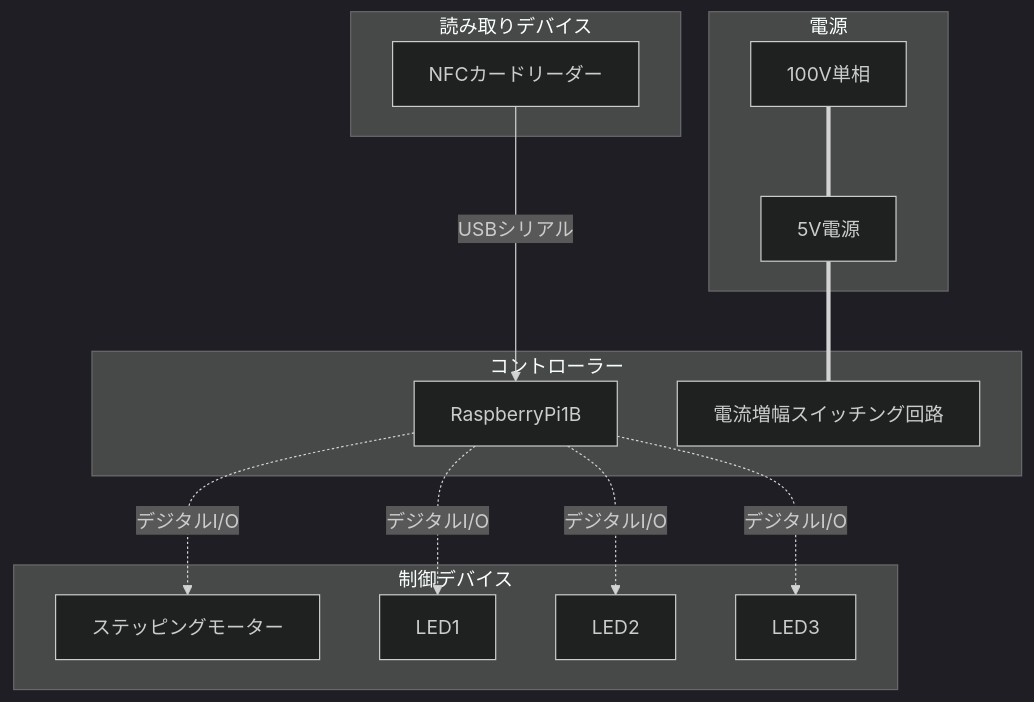
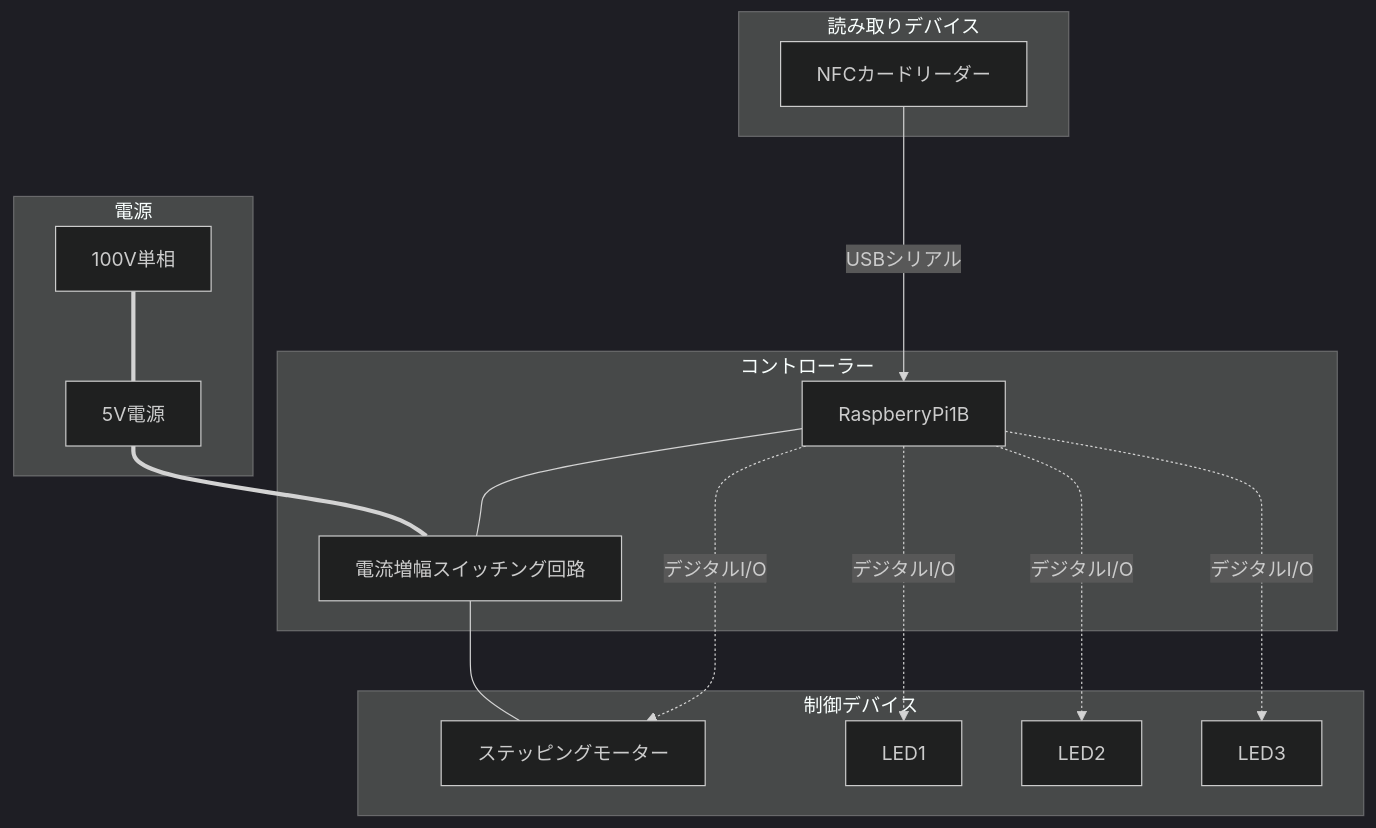
Before and after one commit to YUKI-SOKENDAI/SmartLock: the first of 2 diagrams in memo/SystemMEMO.md, drawn with Mermaid (dark theme).

````diff
--- a/memo/SystemMEMO.md
+++ b/memo/SystemMEMO.md
@@ -6,27 +6,29 @@
 ```mermaid
 flowchart TD;
     subgraph コントローラー
         RaspberryPi1B;
         電流増幅スイッチング回路;
     end
     subgraph 電源
         100V単相;
         5V電源;
     end
     subgraph 制御デバイス
         ステッピングモーター;
         LED1;
         LED2;
         LED3;
     end
     subgraph 読み取りデバイス
         NFCカードリーダー;
     end
     100V単相===5V電源;
     5V電源===電流増幅スイッチング回路;
     NFCカードリーダー--->|USBシリアル|RaspberryPi1B;
+    RaspberryPi1B---電流増幅スイッチング回路;
+    電流増幅スイッチング回路---ステッピングモーター;
     RaspberryPi1B-.デジタルI/O-.->ステッピングモーター;
     RaspberryPi1B-.デジタルI/O-.->LED1;
     RaspberryPi1B-.デジタルI/O-.->LED2;
     RaspberryPi1B-.デジタルI/O-.->LED3;
 ```
````
